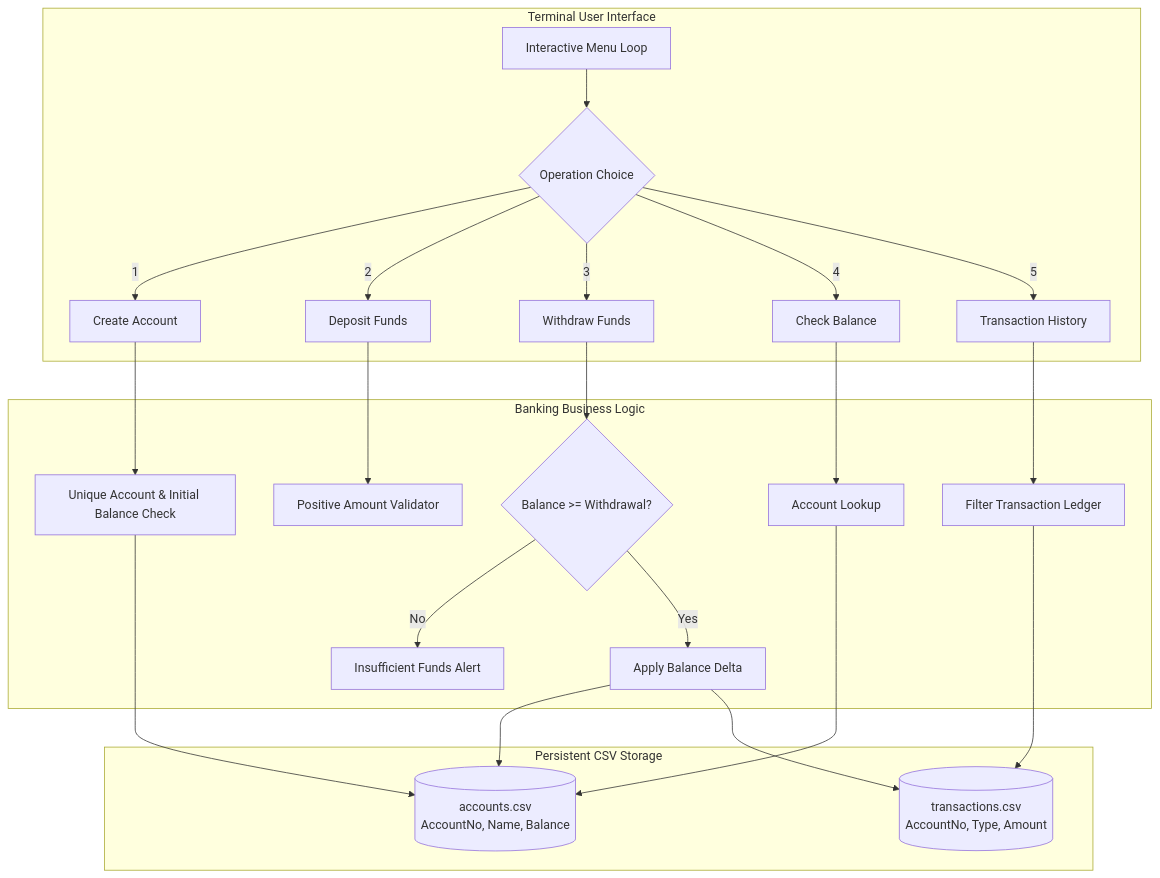
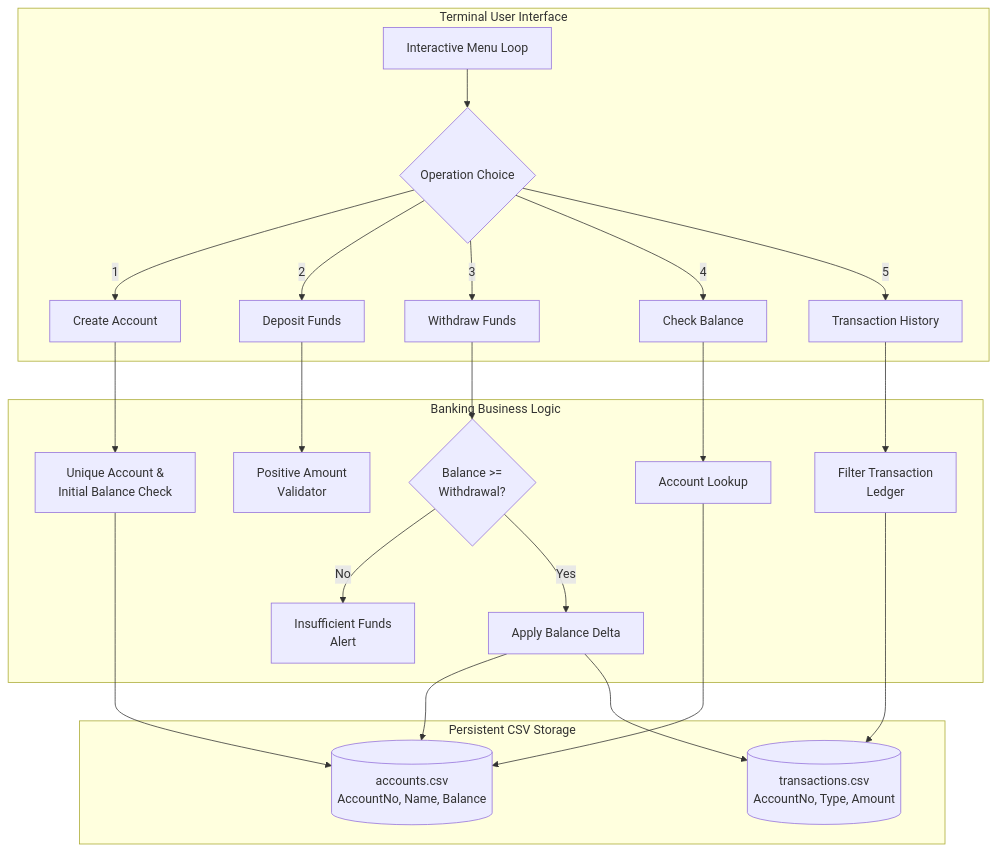
The diagram in README.md (ISBANDURAHUMAN-R/BANKING-MANAGEMENT), drawn with Mermaid before and after one commit.

Commit message:
docs: fix Mermaid diagram text visibility, wrapping and responsive layout

````diff
--- a/README.md
+++ b/README.md
@@ -20,29 +20,29 @@
 ```mermaid
 graph TD
     subgraph CLI ["Terminal User Interface"]
-        Menu[Interactive Menu Loop] --> Selection{Operation Choice}
-        Selection -- 1 --> OpCreate[Create Account]
-        Selection -- 2 --> OpDeposit[Deposit Funds]
-        Selection -- 3 --> OpWithdraw[Withdraw Funds]
-        Selection -- 4 --> OpBalance[Check Balance]
-        Selection -- 5 --> OpHistory[Transaction History]
+        Menu["Interactive Menu Loop"] --> Selection{"Operation Choice"}
+        Selection -- 1 --> OpCreate["Create Account"]
+        Selection -- 2 --> OpDeposit["Deposit Funds"]
+        Selection -- 3 --> OpWithdraw["Withdraw Funds"]
+        Selection -- 4 --> OpBalance["Check Balance"]
+        Selection -- 5 --> OpHistory["Transaction History"]
     end
 
     subgraph CoreEngine ["Banking Business Logic"]
-        OpCreate --> ValAcct[Unique Account & Initial Balance Check]
-        OpDeposit --> ValDep[Positive Amount Validator]
-        OpWithdraw --> ValOverdraft{Balance >= Withdrawal?}
-        ValOverdraft -- No --> ErrFunds[Insufficient Funds Alert]
-        ValOverdraft -- Yes --> ExecTrans[Apply Balance Delta]
-        OpBalance --> QueryAcct[Account Lookup]
-        OpHistory --> QueryTrans[Filter Transaction Ledger]
+        OpCreate --> ValAcct["Unique Account &<br/>Initial Balance Check"]
+        OpDeposit --> ValDep["Positive Amount<br/>Validator"]
+        OpWithdraw --> ValOverdraft{"Balance >=<br/>Withdrawal?"}
+        ValOverdraft -- No --> ErrFunds["Insufficient Funds<br/>Alert"]
+        ValOverdraft -- Yes --> ExecTrans["Apply Balance Delta"]
+        OpBalance --> QueryAcct["Account Lookup"]
+        OpHistory --> QueryTrans["Filter Transaction<br/>Ledger"]
     end
 
     subgraph LedgerStorage ["Persistent CSV Storage"]
-        ValAcct --> AcctCSV[(accounts.csv<br/>AccountNo, Name, Balance)]
+        ValAcct --> AcctCSV[("accounts.csv<br/>AccountNo, Name, Balance")]
         ExecTrans --> AcctCSV
-        ExecTrans --> TransCSV[(transactions.csv<br/>AccountNo, Type, Amount)]
+        ExecTrans --> TransCSV[("transactions.csv<br/>AccountNo, Type, Amount")]
         QueryAcct --> AcctCSV
         QueryTrans --> TransCSV
     end
 ```
````
